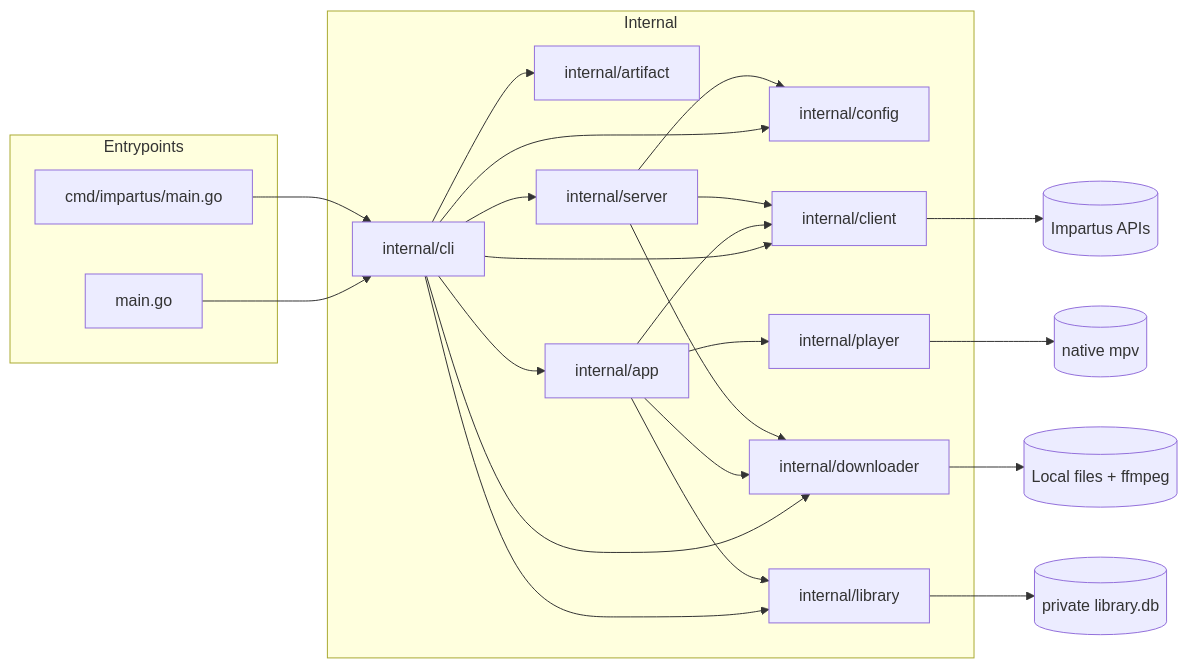
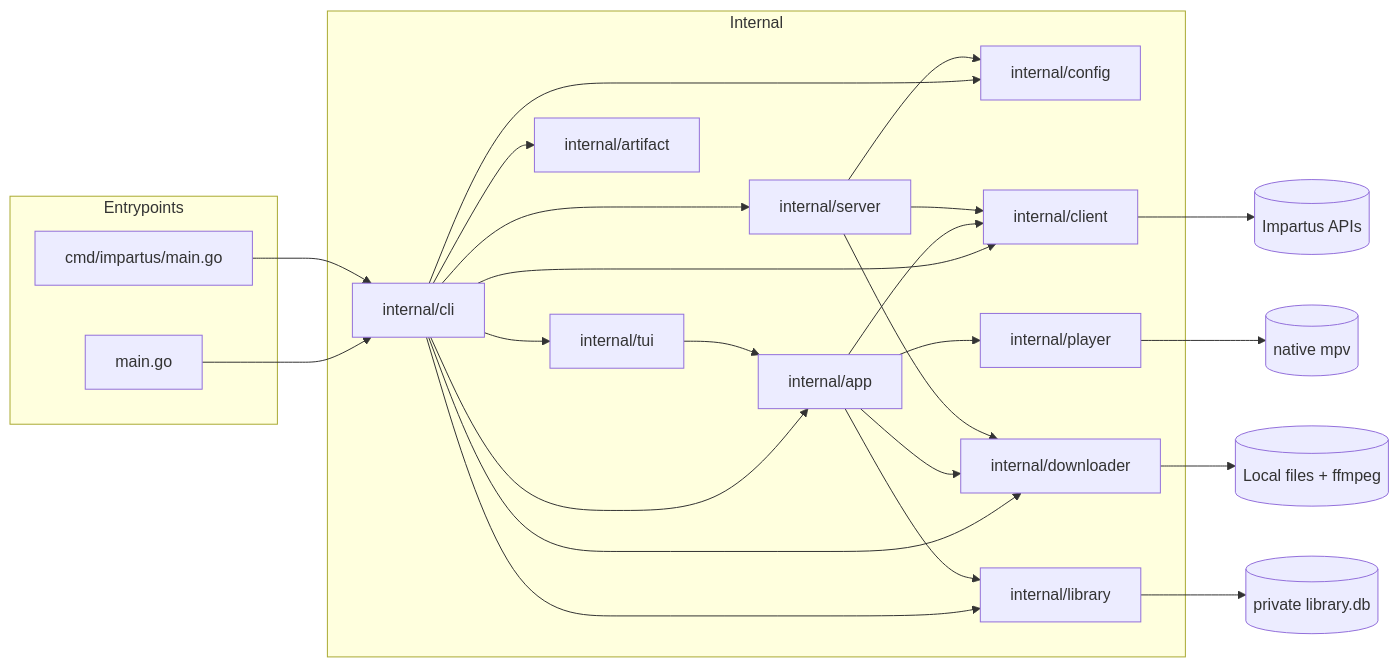
The sixth of 6 diagrams in docs/architecture.md (rabesss/impartus-cli), drawn with Mermaid before and after one commit. The commit also changed other lines of this file and 31 other files, not shown here.

````diff
--- a/docs/architecture.md
+++ b/docs/architecture.md
@@ -195,45 +206,48 @@
 ```mermaid
 flowchart LR
   subgraph Entrypoints
     M1[main.go]
     M2[cmd/impartus/main.go]
   end
 
   subgraph Internal
     CLI[internal/cli]
+    TUI[internal/tui]
     CFG[internal/config]
     CLT[internal/client]
     DL[internal/downloader]
     ART[internal/artifact]
     APP[internal/app]
     PLR[internal/player]
     LIB[internal/library]
     SRV[internal/server]
   end
 
   IMP[(Impartus APIs)]
   FS[(Local files + ffmpeg)]
   MPV[(native mpv)]
   DB[(private library.db)]
 
   M1 --> CLI
   M2 --> CLI
   CLI --> CFG
   CLI --> CLT
   CLI --> DL
   CLI --> ART
   CLI --> APP
+  CLI --> TUI
   CLI --> LIB
   CLI --> SRV
   APP --> CLT
   APP --> DL
   APP --> PLR
   APP --> LIB
+  TUI --> APP
   SRV --> CFG
   SRV --> CLT
   SRV --> DL
   CLT --> IMP
   DL --> FS
   PLR --> MPV
   LIB --> DB
 ```
````
